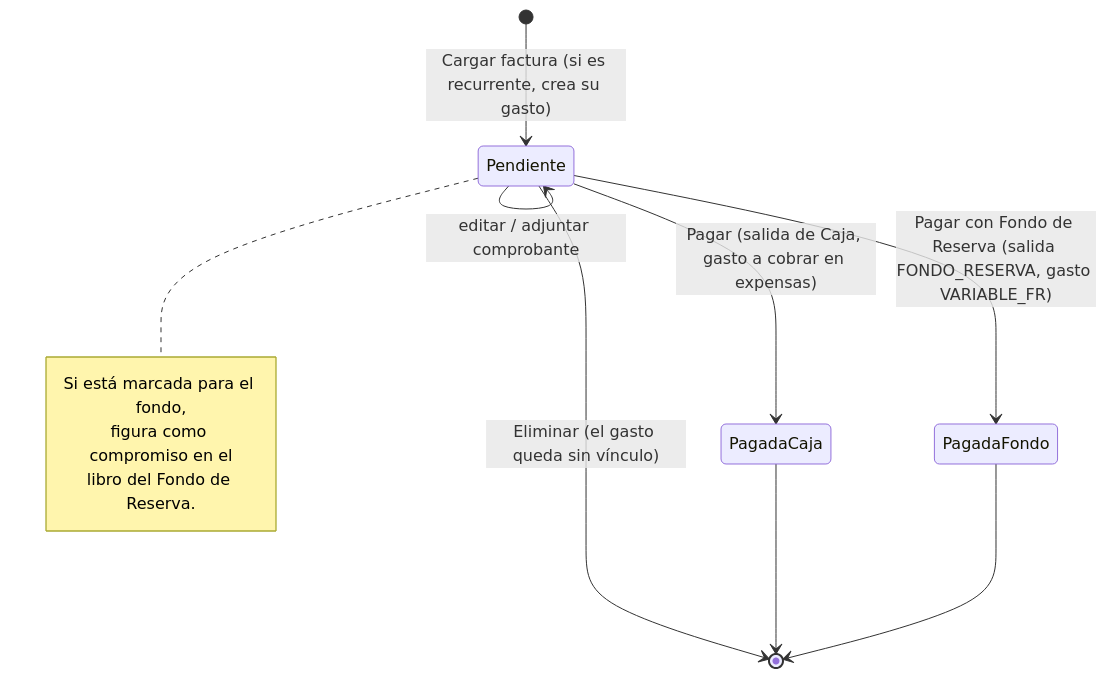
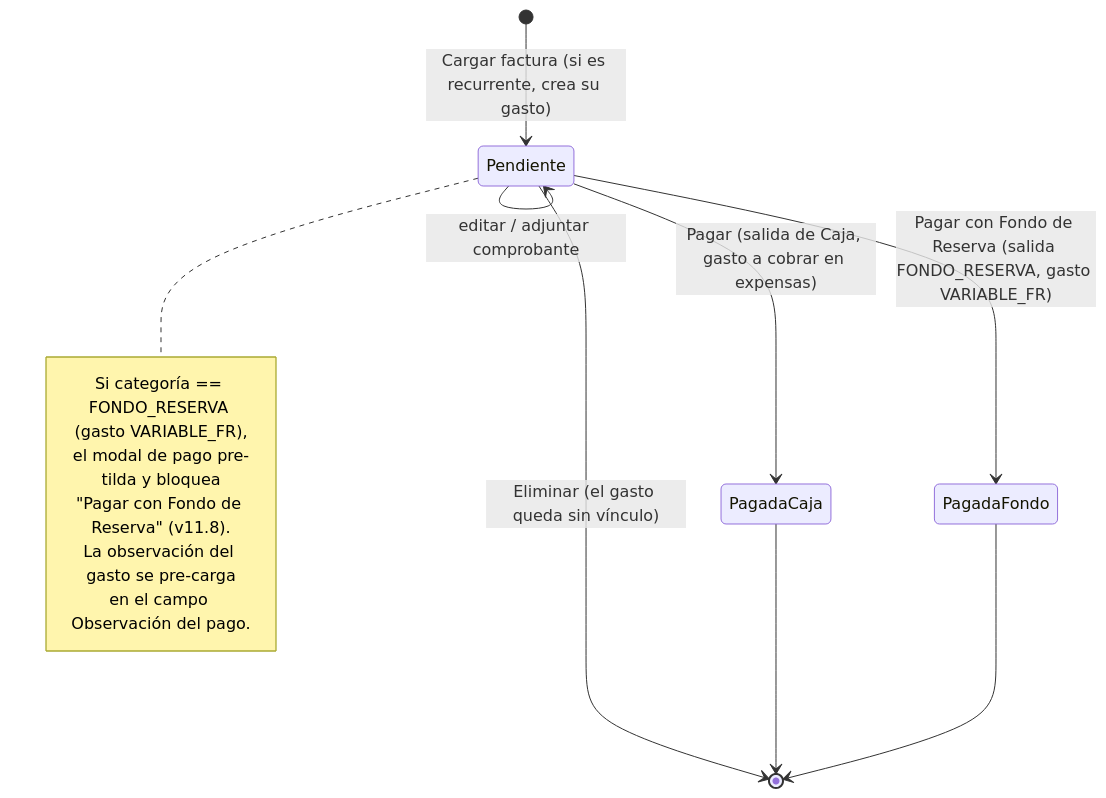
One commit to ncmartin77/consorcio changed the ninth of 23 diagrams in docs/diagramas.md. Above: the diagram before and after it, drawn with Mermaid. The commit also changed other lines of this file and 2 other files, not shown here.

Commit message:
Memoria de sesion y diagramas al dia (v11.9)

````diff
--- a/docs/diagramas.md
+++ b/docs/diagramas.md
@@ -431,15 +432,17 @@
 ```mermaid
 stateDiagram-v2
     [*] --> Pendiente: Cargar factura (si es recurrente, crea su gasto)
     Pendiente --> Pendiente: editar / adjuntar comprobante
     Pendiente --> PagadaCaja: Pagar (salida de Caja, gasto a cobrar en expensas)
     Pendiente --> PagadaFondo: Pagar con Fondo de Reserva (salida FONDO_RESERVA, gasto VARIABLE_FR)
     Pendiente --> [*]: Eliminar (el gasto queda sin vínculo)
     PagadaCaja --> [*]
     PagadaFondo --> [*]
     note right of Pendiente
-        Si está marcada para el fondo,
-        figura como compromiso en el
-        libro del Fondo de Reserva.
+        Si categoría == FONDO_RESERVA (gasto VARIABLE_FR),
+        el modal de pago pre-tilda y bloquea
+        "Pagar con Fondo de Reserva" (v11.8).
+        La observación del gasto se pre-carga
+        en el campo Observación del pago.
     end note
 ```
````
